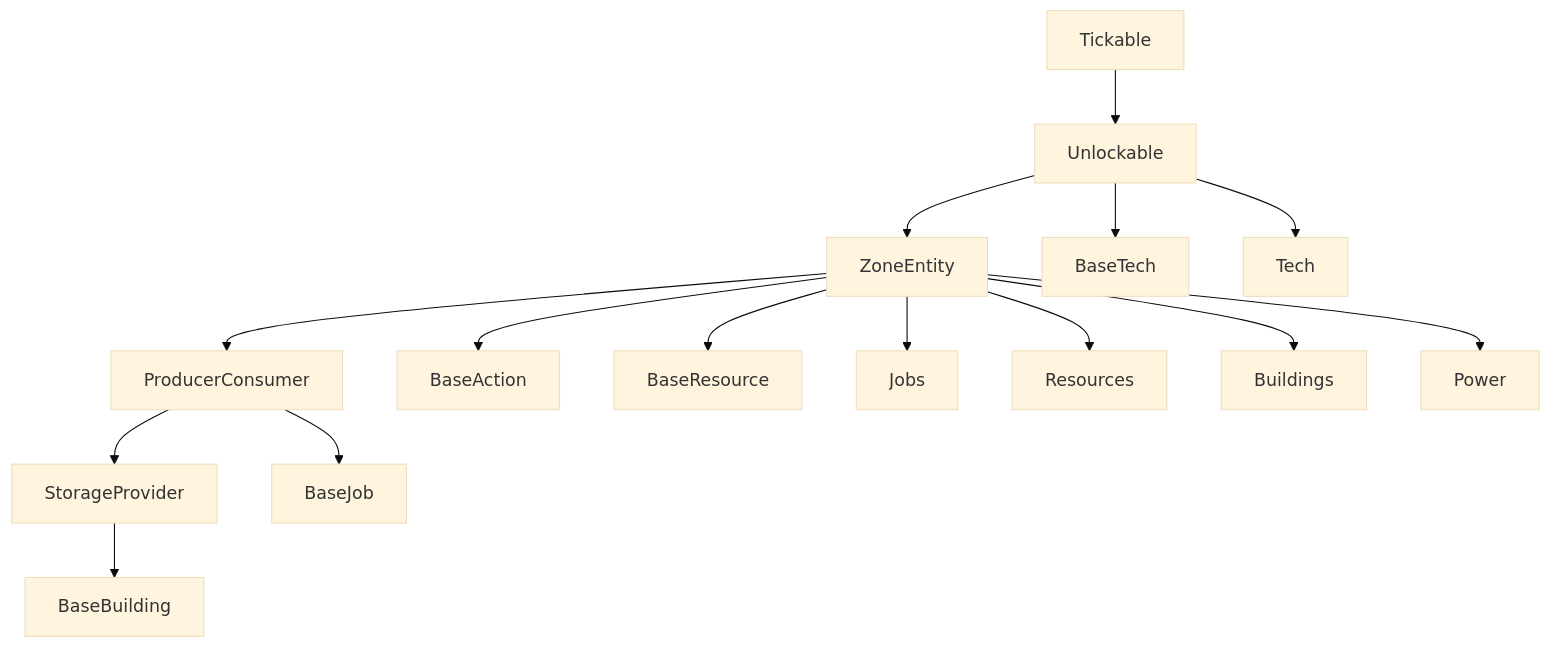
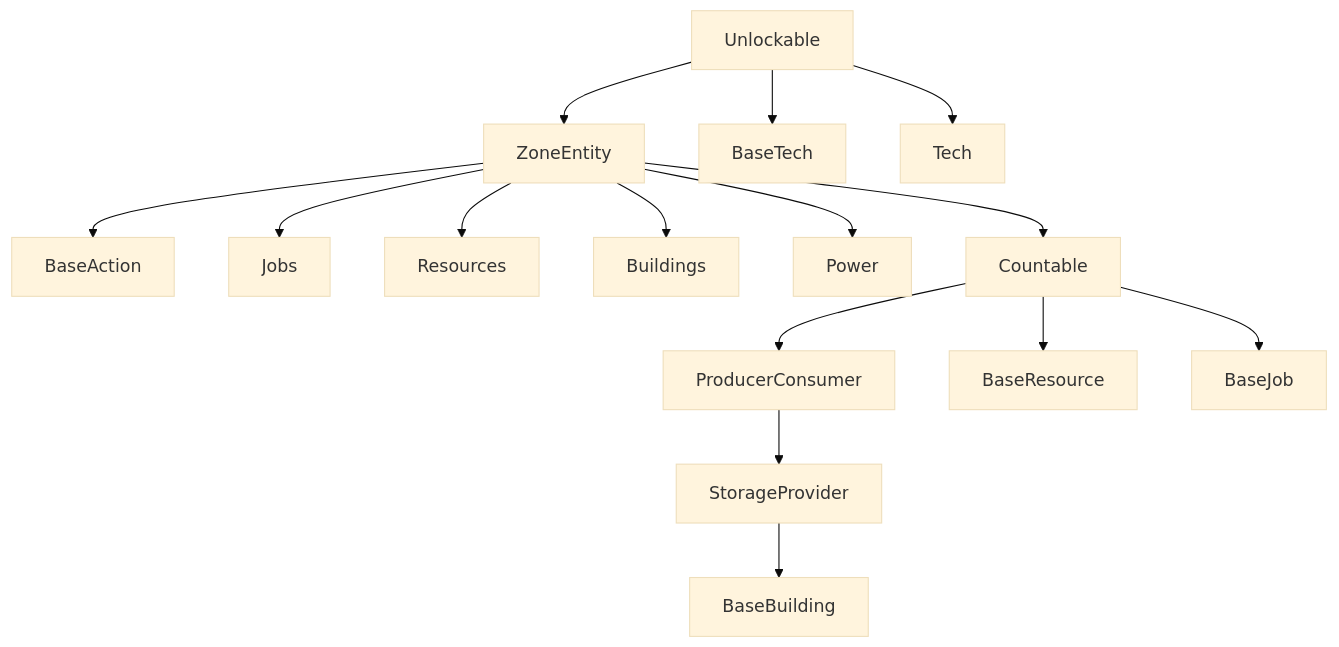
One commit to krnsk0/idler changed the diagram in docs/HIERARCHY.md. Above: the diagram before and after it, drawn with Mermaid (base theme). The commit also changed other lines of this file and 5 other files, not shown here.

````diff
--- a/docs/HIERARCHY.md
+++ b/docs/HIERARCHY.md
@@ -3,18 +3,18 @@
 ```mermaid
 
 graph TD;
-  Y[Tickable] --> Z[Unlockable]
   Z[Unlockable] --> A[ZoneEntity]
   Z[Unlockable] --> K[BaseTech]
-  A[ZoneEntity] --> B[ProducerConsumer]
   A[ZoneEntity] --> C[BaseAction]
   E[StorageProvider] --> D[BaseBuilding]
   B[ProducerConsumer] --> E[StorageProvider]
-  A[ZoneEntity] --> H[BaseResource]
-  B[ProducerConsumer] --> I[BaseJob]
   Z[Unlockable] --> J[Tech]
   A[ZoneEntity] --> X[Jobs]
   A[ZoneEntity] --> L[Resources]
   A[ZoneEntity] --> M[Buildings]
   A[ZoneEntity] --> N[Power]
+  A[ZoneEntity] --> Y[Countable]
+  Y[Countable] --> B[ProducerConsumer]
+  Y[Countable] --> H[BaseResource]
+  Y[Countable] --> I[BaseJob]
 ```
````
